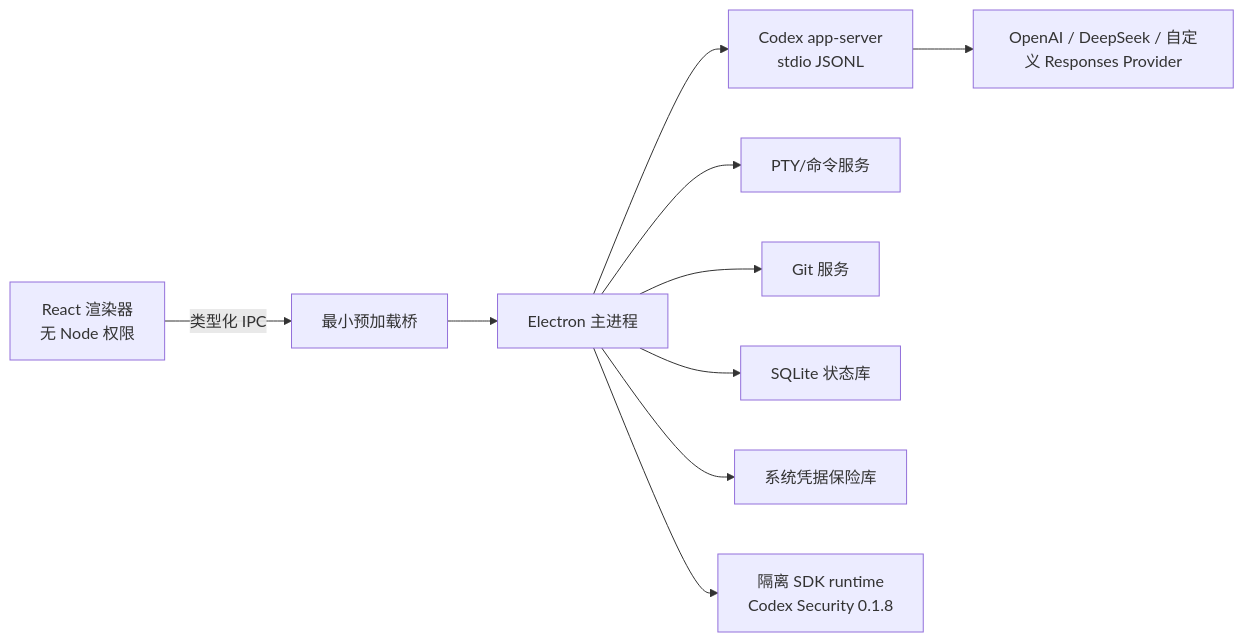
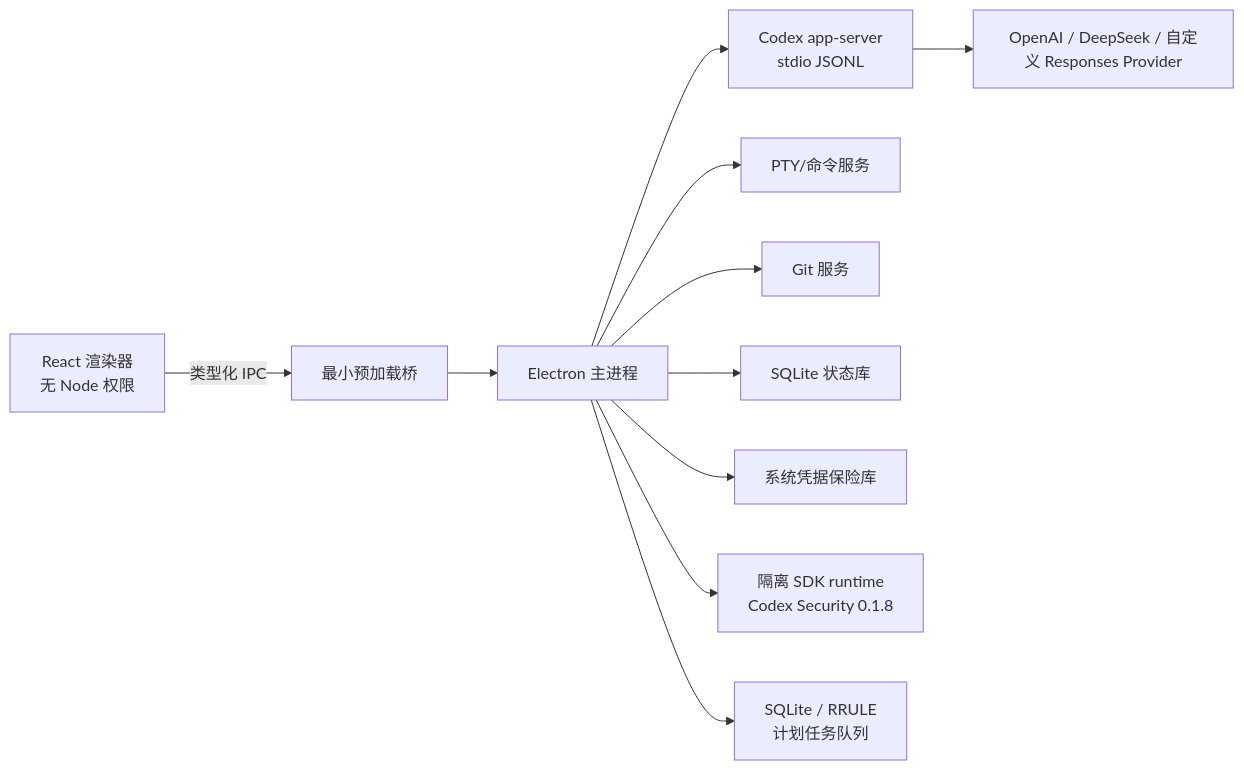
Before and after one commit to xingchen20lj/norevinq-desktop: the diagram in docs/ARCHITECTURE.md, drawn with Mermaid. The commit also changed other lines of this file and 21 other files, not shown here.

````diff
--- a/docs/ARCHITECTURE.md
+++ b/docs/ARCHITECTURE.md
@@ -9,12 +9,13 @@
 ```mermaid
 flowchart LR
   UI["React 渲染器<br/>无 Node 权限"] -->|"类型化 IPC"| Preload["最小预加载桥"]
   Preload --> Main["Electron 主进程"]
   Main --> Runtime["Codex app-server<br/>stdio JSONL"]
   Main --> PTY["PTY/命令服务"]
   Main --> Git["Git 服务"]
   Main --> DB["SQLite 状态库"]
   Main --> Keys["系统凭据保险库"]
   Main --> Security["隔离 SDK runtime<br/>Codex Security 0.1.8"]
+  Main --> Scheduler["SQLite / RRULE<br/>计划任务队列"]
   Runtime --> Providers["OpenAI / DeepSeek / 自定义 Responses Provider"]
 ```
````
